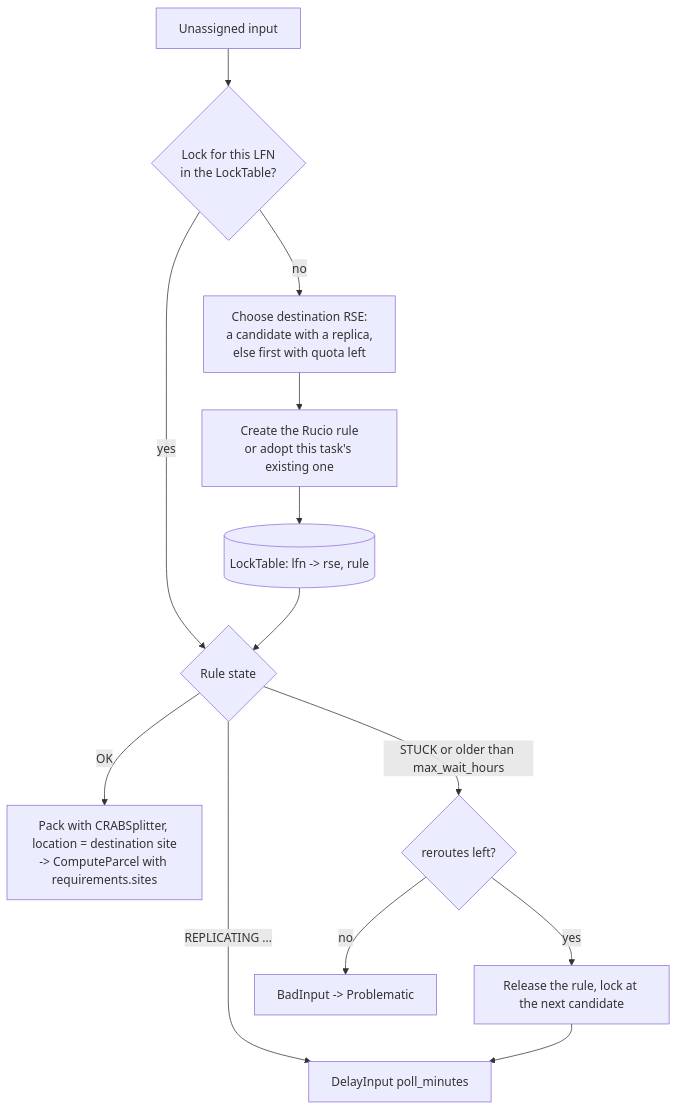
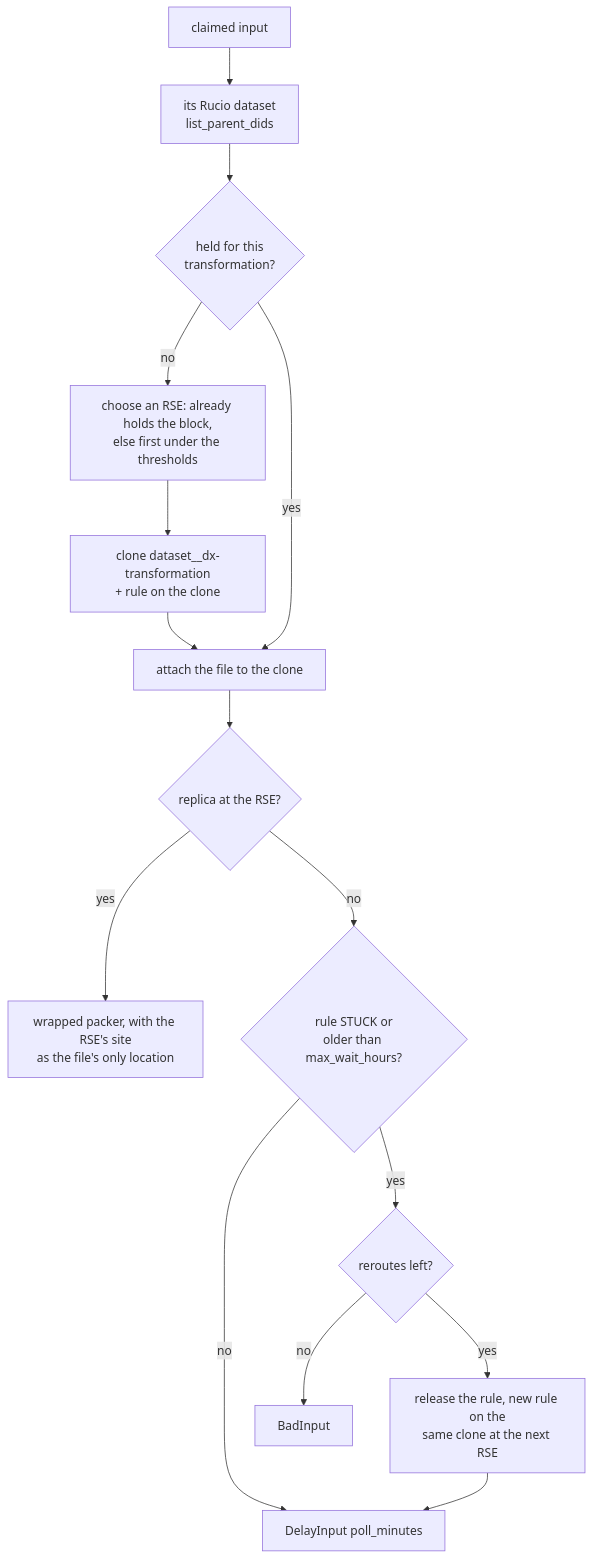
The first of 2 diagrams in examples/crab-splitting/README.md (dciangot/diracx), drawn with Mermaid before and after one commit. The commit also changed other lines of this file and 17 other files, not shown here.

Commit message:
Make the Rucio example CMS-generic: per-dataset clone rules, input hint, keeper hook

````diff
--- a/examples/crab-splitting/README.md
+++ b/examples/crab-splitting/README.md
@@ -232,14 +223,16 @@
 ```mermaid
 flowchart TD
-    I[Unassigned input] --> L{Lock for this LFN<br/>in the LockTable?}
-    L -- no --> C[Choose destination RSE:<br/>a candidate with a replica,<br/>else first with quota left]
-    C --> R[Create the Rucio rule<br/>or adopt this task's existing one]
-    R --> T[(LockTable: lfn -> rse, rule)]
-    L -- yes --> S{Rule state}
-    T --> S
-    S -- OK --> P[Pack with CRABSplitter, location = destination site<br/>-> ComputeParcel with requirements.sites]
-    S -- REPLICATING ... --> D[DelayInput poll_minutes]
-    S -- STUCK or older than max_wait_hours --> X{reroutes left?}
-    X -- yes --> M[Release the rule, lock at the next candidate] --> D
-    X -- no --> B[BadInput -> Problematic]
+    I[claimed input] --> D[its Rucio dataset<br/>list_parent_dids]
+    D --> P{held for this<br/>transformation?}
+    P -- no --> C[choose an RSE: already holds the block,<br/>else first under the thresholds]
+    C --> K[clone dataset__dx-transformation<br/>+ rule on the clone]
+    K --> A
+    P -- yes --> A[attach the file to the clone]
+    A --> Q{replica at the RSE?}
+    Q -- yes --> W[wrapped packer, with the RSE's site<br/>as the file's only location]
+    Q -- no --> S{rule STUCK or<br/>older than max_wait_hours?}
+    S -- no --> DL[DelayInput poll_minutes]
+    S -- yes --> RR{reroutes left?}
+    RR -- yes --> N[release the rule, new rule on the<br/>same clone at the next RSE] --> DL
+    RR -- no --> B[BadInput]
 ```
````
